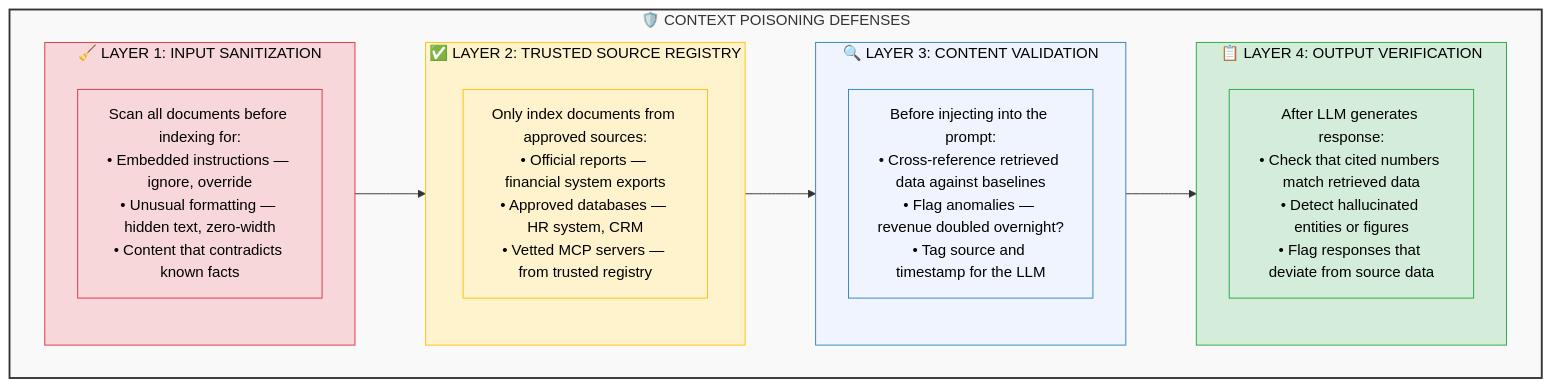
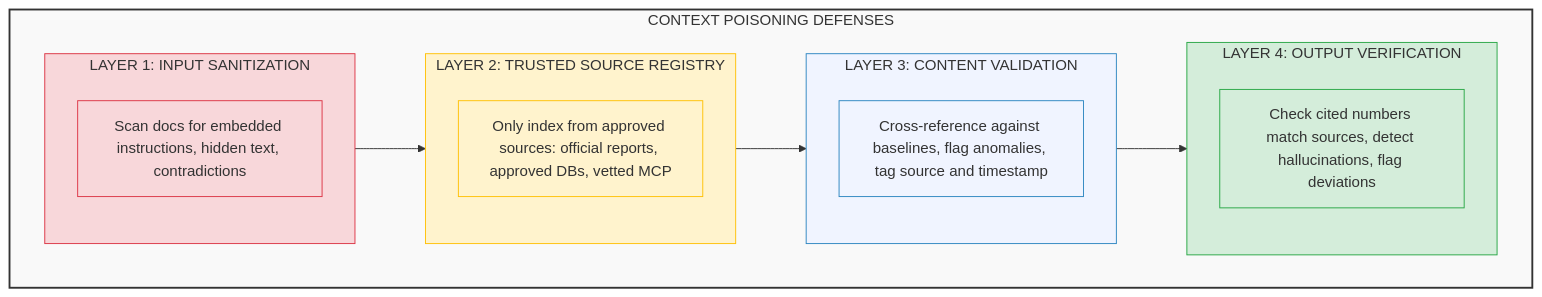
The first of 4 diagrams in docs/12-context-risks.md (ithinktavo/GenAI-Engineering-Handbook), drawn with Mermaid before and after one commit. The commit also changed other lines of this file and 9 other files, not shown here.

First line of the commit message:
Fix Mermaid rendering: remove emoji from subgraph titles and unsupported syntax

````diff
--- a/docs/12-context-risks.md
+++ b/docs/12-context-risks.md
@@ -59,29 +59,29 @@
 ```mermaid
 graph TD
-    subgraph defenses["🛡️ CONTEXT POISONING DEFENSES"]
-        subgraph L1["🧹 LAYER 1: INPUT SANITIZATION"]
-            L1D["Scan all documents before indexing for:\n• Embedded instructions — ignore, override\n• Unusual formatting — hidden text, zero-width\n• Content that contradicts known facts"]
+    subgraph defenses["CONTEXT POISONING DEFENSES"]
+        subgraph L1["LAYER 1: INPUT SANITIZATION"]
+            L1D["Scan docs for embedded instructions, hidden text, contradictions"]
         end
-        subgraph L2["✅ LAYER 2: TRUSTED SOURCE REGISTRY"]
-            L2D["Only index documents from approved sources:\n• Official reports — financial system exports\n• Approved databases — HR system, CRM\n• Vetted MCP servers — from trusted registry"]
+        subgraph L2["LAYER 2: TRUSTED SOURCE REGISTRY"]
+            L2D["Only index from approved sources: official reports, approved DBs, vetted MCP"]
         end
-        subgraph L3["🔍 LAYER 3: CONTENT VALIDATION"]
-            L3D["Before injecting into the prompt:\n• Cross-reference retrieved data against baselines\n• Flag anomalies — revenue doubled overnight?\n• Tag source and timestamp for the LLM"]
+        subgraph L3["LAYER 3: CONTENT VALIDATION"]
+            L3D["Cross-reference against baselines, flag anomalies, tag source and timestamp"]
         end
-        subgraph L4["📋 LAYER 4: OUTPUT VERIFICATION"]
-            L4D["After LLM generates response:\n• Check that cited numbers match retrieved data\n• Detect hallucinated entities or figures\n• Flag responses that deviate from source data"]
+        subgraph L4["LAYER 4: OUTPUT VERIFICATION"]
+            L4D["Check cited numbers match sources, detect hallucinations, flag deviations"]
         end
 
         L1 --> L2 --> L3 --> L4
     end
 
-    style L1 fill:#f8d7da,stroke:#dc3545,color:#000
-    style L2 fill:#fff3cd,stroke:#ffc107,color:#000
-    style L3 fill:#f0f4ff,stroke:#2E86C1,color:#000
-    style L4 fill:#d4edda,stroke:#28a745,color:#000
-    style L1D fill:#f8d7da,stroke:#dc3545,color:#000
-    style L2D fill:#fff3cd,stroke:#ffc107,color:#000
-    style L3D fill:#f0f4ff,stroke:#2E86C1,color:#000
-    style L4D fill:#d4edda,stroke:#28a745,color:#000
+    style L1 fill:#f8d7da,stroke:#dc3545
+    style L2 fill:#fff3cd,stroke:#ffc107
+    style L3 fill:#f0f4ff,stroke:#2E86C1
+    style L4 fill:#d4edda,stroke:#28a745
+    style L1D fill:#f8d7da,stroke:#dc3545
+    style L2D fill:#fff3cd,stroke:#ffc107
+    style L3D fill:#f0f4ff,stroke:#2E86C1
+    style L4D fill:#d4edda,stroke:#28a745
     style defenses fill:#f9f9f9,stroke:#333,stroke-width:2px
 ```
````
